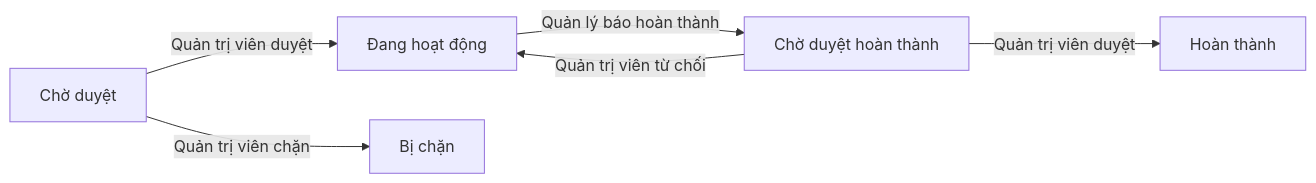
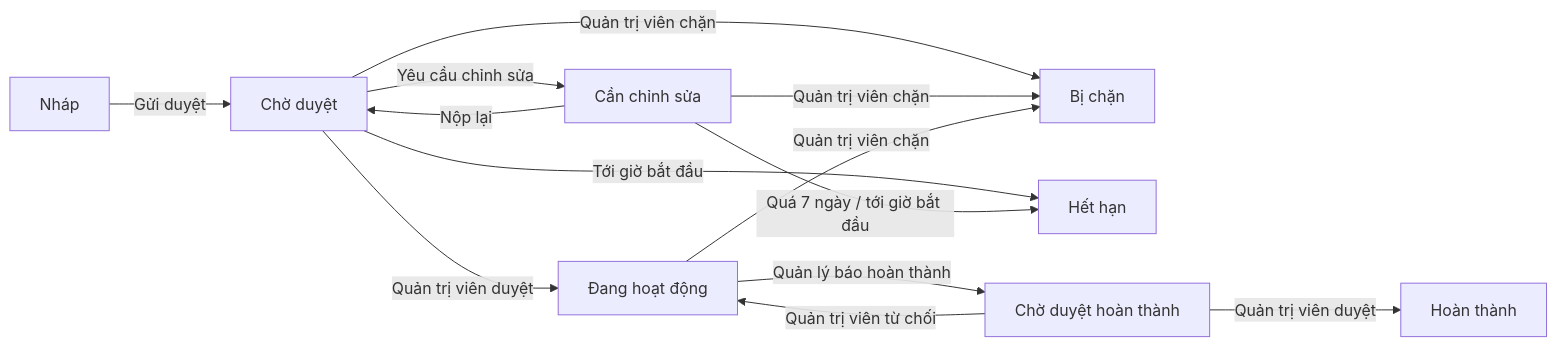
Before and after one commit to DOAN2-UQT-KN/ecolink-docs: the sixth of 7 diagrams in BUSINESS-OVERVIEW.md, drawn with Mermaid. The commit also changed other lines of this file and 9 other files, not shown here.

````diff
--- a/BUSINESS-OVERVIEW.md
+++ b/BUSINESS-OVERVIEW.md
@@ -527,8 +535,15 @@
 ```mermaid
 flowchart LR
-  A[Chờ duyệt] -->|Quản trị viên duyệt| B[Đang hoạt động]
+  N[Nháp] -->|Gửi duyệt| A[Chờ duyệt]
+  A -->|Quản trị viên duyệt| B[Đang hoạt động]
+  A -->|Yêu cầu chỉnh sửa| R[Cần chỉnh sửa]
+  R -->|Nộp lại| A
   A -->|Quản trị viên chặn| X[Bị chặn]
+  R -->|Quản trị viên chặn| X
+  B -->|Quản trị viên chặn| X
+  A -->|Tới giờ bắt đầu| E[Hết hạn]
+  R -->|Quá 7 ngày / tới giờ bắt đầu| E
   B -->|Quản lý báo hoàn thành| C[Chờ duyệt hoàn thành]
   C -->|Quản trị viên duyệt| D[Hoàn thành]
   C -->|Quản trị viên từ chối| B
 ```
````
